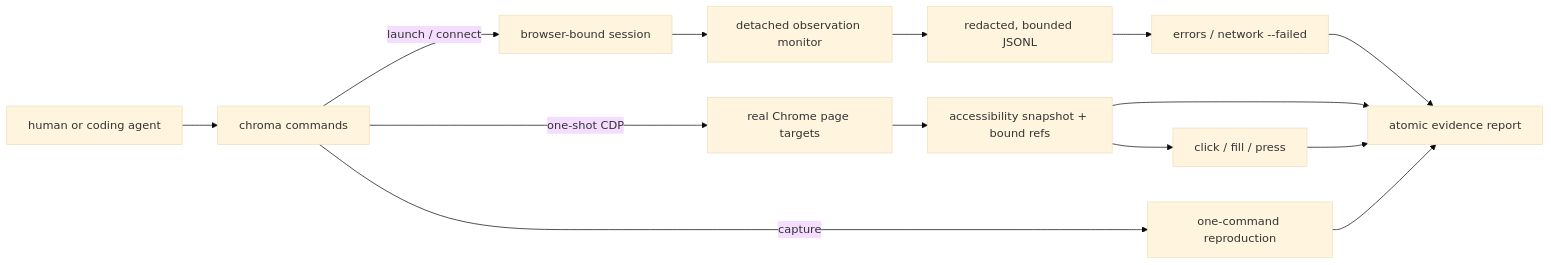
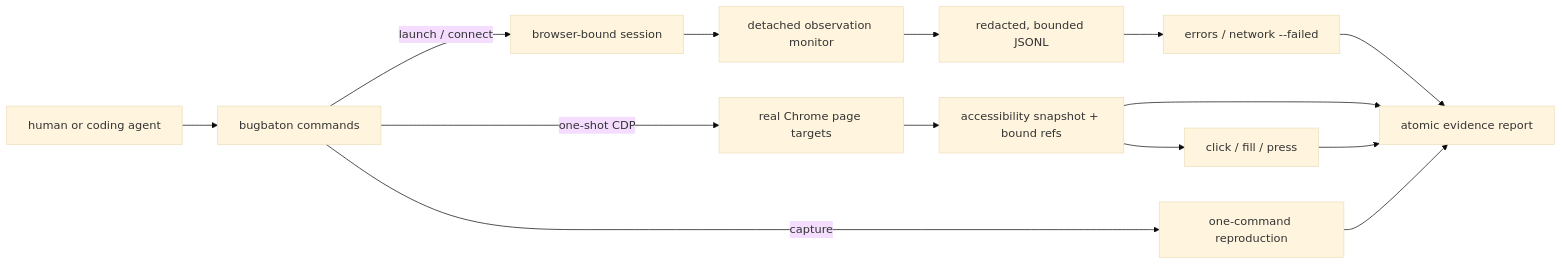
Before and after one commit to mun-jeong-min/BugBaton: the diagram in README.md, drawn with Mermaid (base theme). The commit also changed other lines of this file and 38 other files, not shown here.

````diff
--- a/README.md
+++ b/README.md
@@ -117,16 +128,16 @@
 ```mermaid
 flowchart LR
-  Shell["human or coding agent"] --> CLI["chroma commands"]
+  Shell["human or coding agent"] --> CLI["bugbaton commands"]
   CLI -->|capture| Recorder["one-command reproduction"]
   CLI -->|one-shot CDP| Chrome["real Chrome page targets"]
   CLI -->|launch / connect| Session["browser-bound session"]
   Session --> Monitor["detached observation monitor"]
   Monitor --> Log["redacted, bounded JSONL"]
   Log --> Findings["errors / network --failed"]
   Chrome --> Snapshot["accessibility snapshot + bound refs"]
   Snapshot --> Actions["click / fill / press"]
   Findings --> Report["atomic evidence report"]
   Snapshot --> Report
   Actions --> Report
   Recorder --> Report
 ```
````
